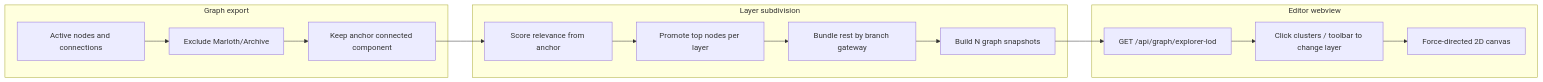
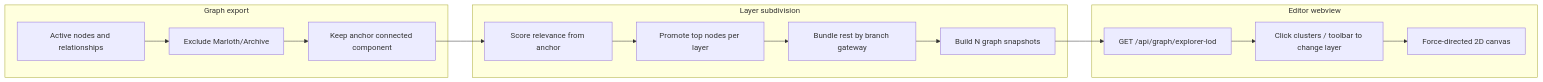
Before and after one commit to silentorb/marloth-story: the diagram in docs/features/graph-explorer.md, drawn with Mermaid. The commit also changed other lines of this file and 85 other files, not shown here.

Commit message:
Modified ontology to use relationships instead of connections

````diff
--- a/docs/features/graph-explorer.md
+++ b/docs/features/graph-explorer.md
@@ -110,20 +110,20 @@
 ```mermaid
 flowchart LR
   subgraph db [Graph export]
-    Active["Active nodes and connections"]
+    Active["Active nodes and relationships"]
     ArchiveFilter["Exclude Marloth/Archive"]
     AnchorFilter["Keep anchor connected component"]
   end
   subgraph lod [Layer subdivision]
     Relevance["Score relevance from anchor"]
     Promote["Promote top nodes per layer"]
     Bundle["Bundle rest by branch gateway"]
     Snapshots["Build N graph snapshots"]
   end
   subgraph ui [Editor webview]
     Fetch["GET /api/graph/explorer-lod"]
     Navigate["Click clusters / toolbar to change layer"]
     Render["Force-directed 2D canvas"]
   end
   Active --> ArchiveFilter --> AnchorFilter --> Relevance --> Promote --> Bundle --> Snapshots --> Fetch --> Navigate --> Render
 ```
````
